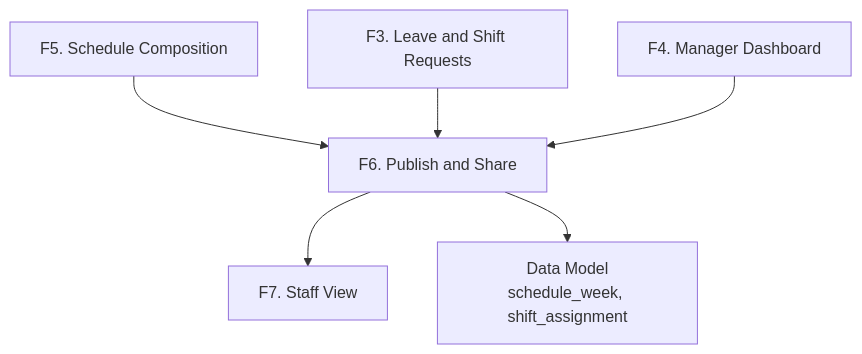
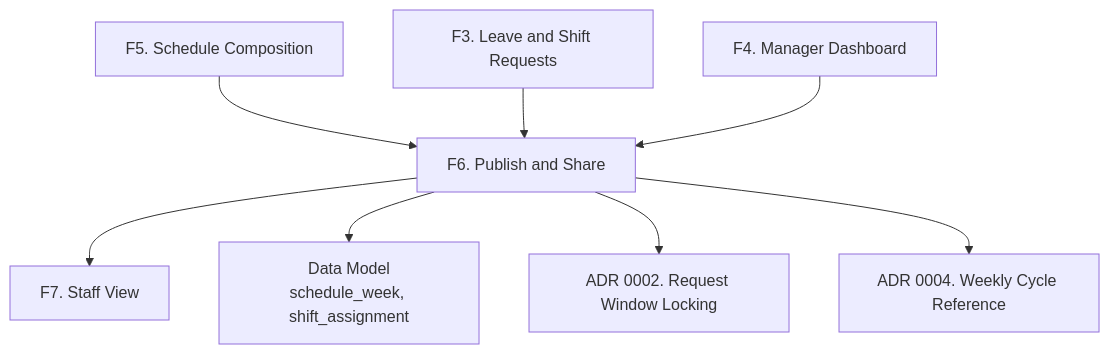
One commit to epo33m/scheduling changed the eighth of 8 diagrams in .qoder/repowiki/en/content/Product Requirements Document/Functional Specifications/Publishing Module (F6).md. Above: the diagram before and after it, drawn with Mermaid. The commit also changed other lines of this file and 77 other files, not shown here.

````diff
--- a/.qoder/repowiki/en/content/Product Requirements Document/Functional Specifications/Publishing Module (F6).md
+++ b/.qoder/repowiki/en/content/Product Requirements Document/Functional Specifications/Publishing Module (F6).md
@@ -285,14 +371,18 @@
 ```mermaid
 graph TB
 F6["F6. Publish and Share"]
 F5["F5. Schedule Composition"]
 F3["F3. Leave and Shift Requests"]
 F4["F4. Manager Dashboard"]
 F7["F7. Staff View"]
+ADR2["ADR 0002. Request Window Locking"]
+ADR4["ADR 0004. Weekly Cycle Reference"]
 Data["Data Model<br/>schedule_week, shift_assignment"]
 F5 --> F6
 F3 --> F6
 F4 --> F6
 F6 --> F7
 F6 --> Data
+F6 --> ADR2
+F6 --> ADR4
 ```
````
